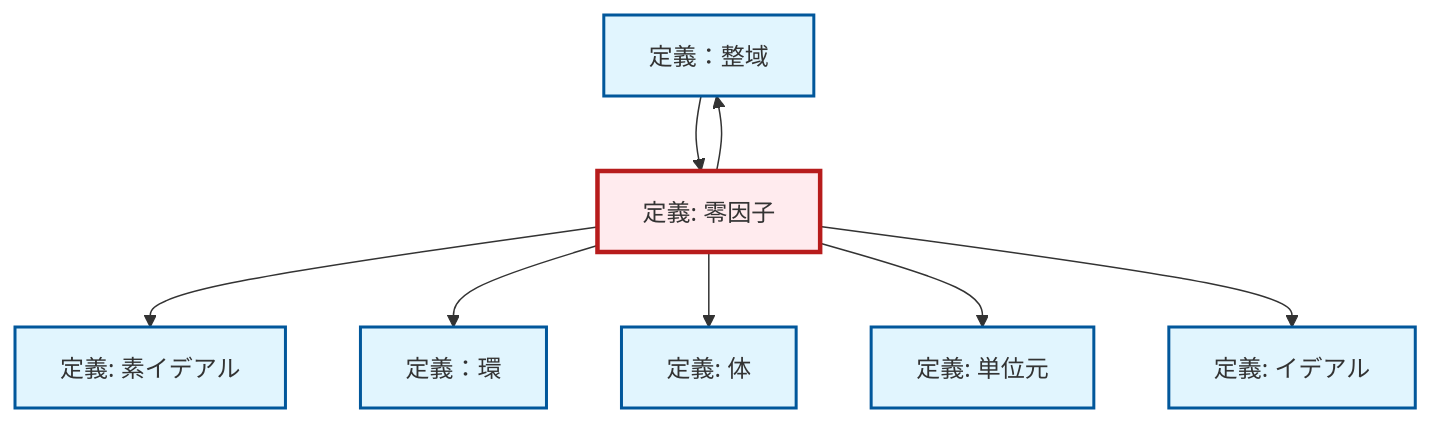
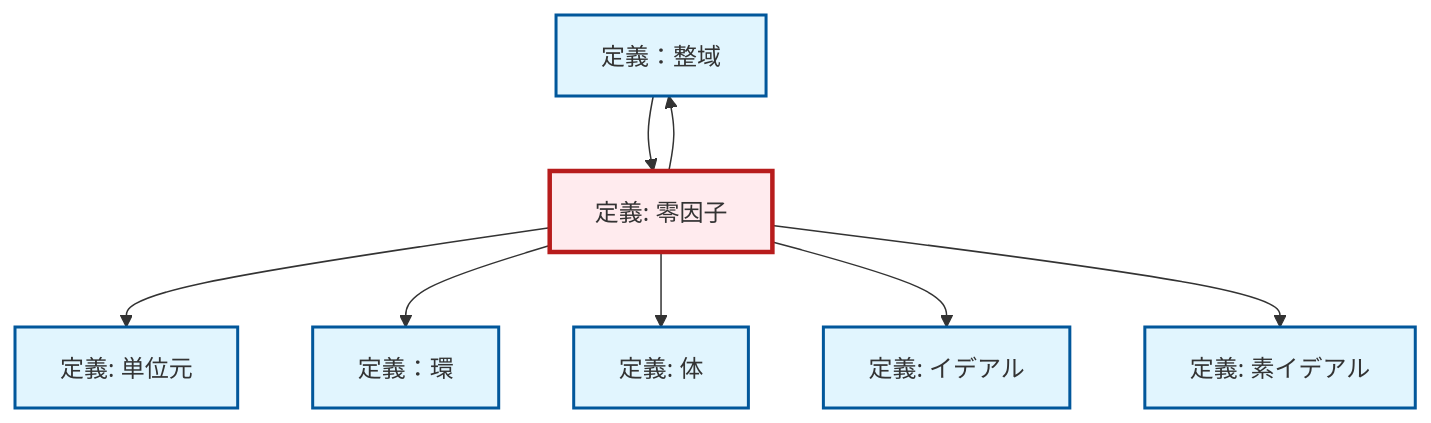
One commit to RK0429/ModernMath changed the diagram in content/ja/algebra/def-zero-divisor.qmd. Above: the diagram before and after it, drawn with Mermaid. The commit also changed 672 other files, not shown here.

````diff
--- a/content/ja/algebra/def-zero-divisor.qmd
+++ b/content/ja/algebra/def-zero-divisor.qmd
@@ -121,30 +121,30 @@
 ```{mermaid}
-%%| fig-cap: "Local dependency graph"
+%%| fig-cap: "ローカル依存関係グラフ"
 graph TD
     classDef definition fill:#e1f5fe,stroke:#01579b,stroke-width:2px
     classDef theorem fill:#f3e5f5,stroke:#4a148c,stroke-width:2px
     classDef axiom fill:#fff3e0,stroke:#e65100,stroke-width:2px
     classDef example fill:#e8f5e9,stroke:#1b5e20,stroke-width:2px
     classDef current fill:#ffebee,stroke:#b71c1c,stroke-width:3px
-    def-field["定義: 体"]:::definition
+    def-integral-domain["定義：整域"]:::definition
+    def-prime-ideal["定義: 素イデアル"]:::definition
+    def-zero-divisor["定義: 零因子"]:::definition
+    def-ideal["定義: イデアル"]:::definition
     def-identity-element["定義: 単位元"]:::definition
     def-ring["定義：環"]:::definition
-    def-prime-ideal["定義: 素イデアル"]:::definition
-    def-integral-domain["定義：整域"]:::definition
-    def-ideal["定義: イデアル"]:::definition
-    def-zero-divisor["定義: 零因子"]:::definition
+    def-field["定義: 体"]:::definition
+    def-zero-divisor --> def-integral-domain
+    def-zero-divisor --> def-identity-element
+    def-zero-divisor --> def-ring
+    def-zero-divisor --> def-field
+    def-zero-divisor --> def-ideal
     def-zero-divisor --> def-prime-ideal
-    def-zero-divisor --> def-ring
     def-integral-domain --> def-zero-divisor
-    def-zero-divisor --> def-field
-    def-zero-divisor --> def-identity-element
-    def-zero-divisor --> def-ideal
-    def-zero-divisor --> def-integral-domain
     class def-zero-divisor current
-    click def-field "def-field.html" "体の定義へ"
+    click def-integral-domain "def-integral-domain.html" "定義：整域へ"
+    click def-prime-ideal "def-prime-ideal.html" "素イデアルの定義へ"
+    click def-ideal "def-ideal.html" "イデアルの定義へ"
     click def-identity-element "def-identity-element.html" "単位元の定義へ"
     click def-ring "def-ring.html" "定義：環へ"
-    click def-prime-ideal "def-prime-ideal.html" "素イデアルの定義へ"
-    click def-integral-domain "def-integral-domain.html" "定義：整域へ"
-    click def-ideal "def-ideal.html" "イデアルの定義へ"
+    click def-field "def-field.html" "体の定義へ"
 ```
````
